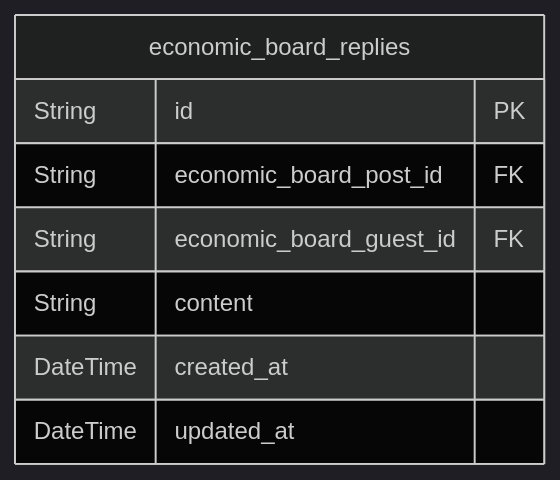
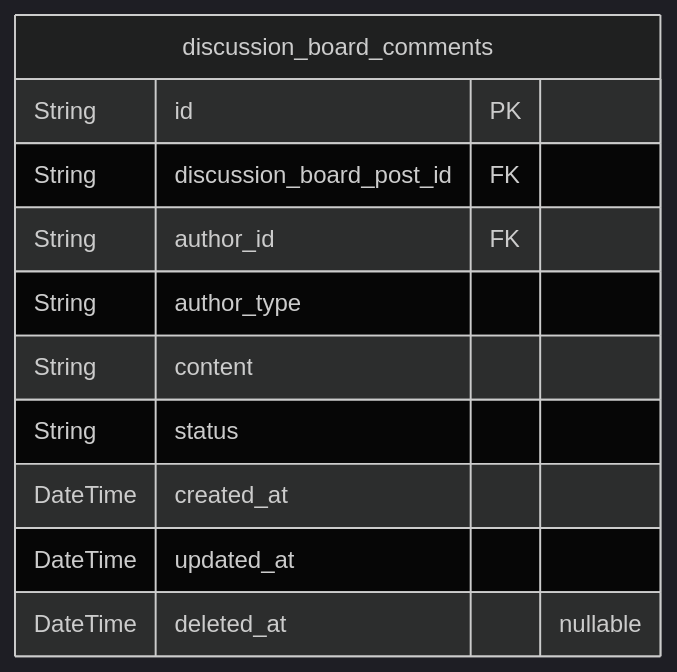
Before and after one commit to wrtnlabs/autobe-examples: the fourth of 7 diagrams in qwen/qwen3-next-80b-a3b-instruct/bbs/docs/ERD.md, drawn with Mermaid (dark theme). The commit also changed other lines of this file and 16146 other files, not shown here.

````diff
--- a/qwen/qwen3-next-80b-a3b-instruct/bbs/docs/ERD.md
+++ b/qwen/qwen3-next-80b-a3b-instruct/bbs/docs/ERD.md
@@ -195,11 +254,14 @@
 ```mermaid
 erDiagram
-"economic_board_replies" {
+"discussion_board_comments" {
   String id PK
-  String economic_board_post_id FK
-  String economic_board_guest_id FK
+  String discussion_board_post_id FK
+  String author_id FK
+  String author_type
   String content
+  String status
   DateTime created_at
   DateTime updated_at
+  DateTime deleted_at "nullable"
 }
 ```
````
